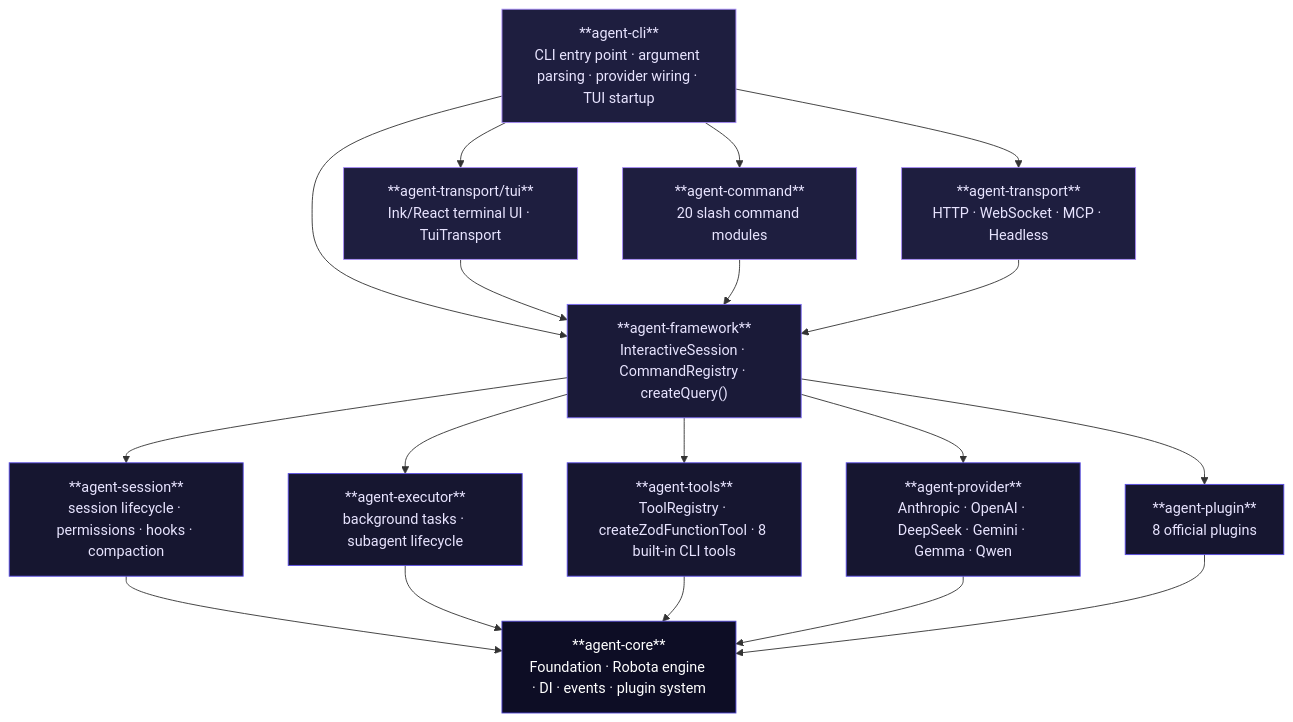
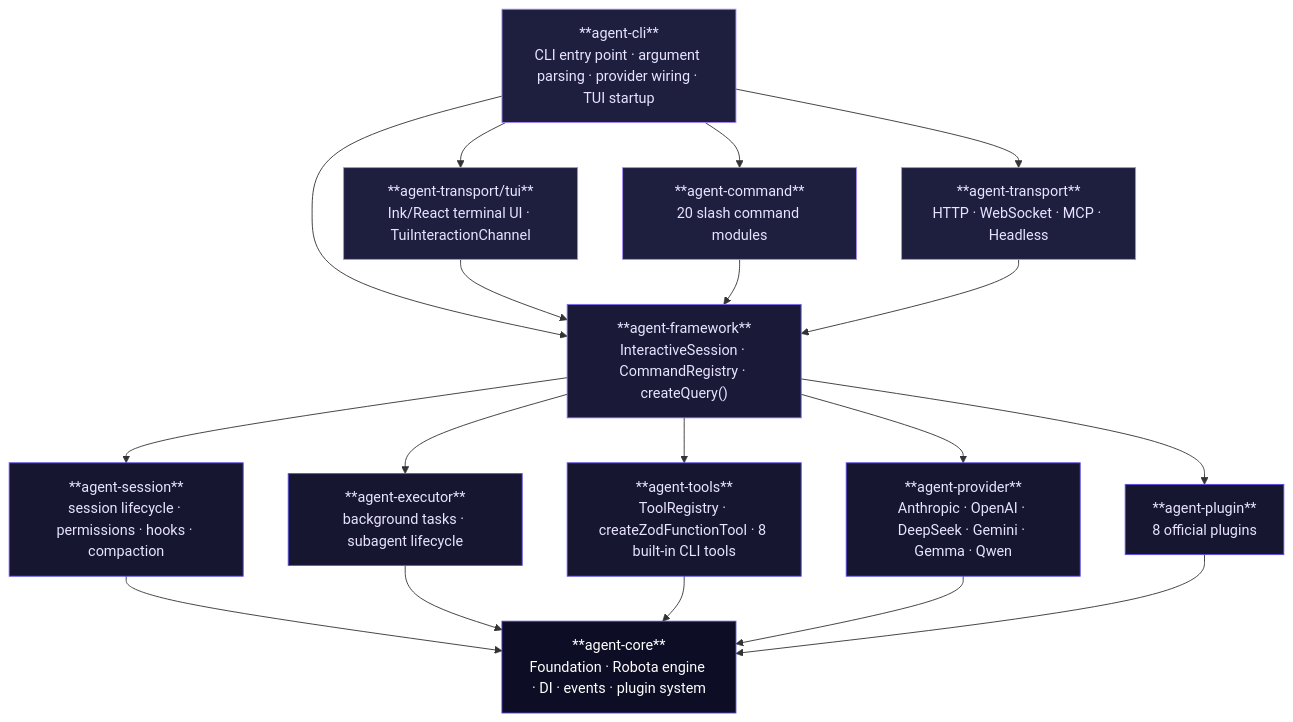
One commit to woojubb/robota changed the diagram in content/guide/architecture.md. Above: the diagram before and after it, drawn with Mermaid. The commit also changed other lines of this file and 9 other files, not shown here.

First line of the commit message:
docs(arch-003-p9): SPEC.md + docs sync for IInteractionChannel architecture (#646)

````diff
--- a/content/guide/architecture.md
+++ b/content/guide/architecture.md
@@ -7,42 +7,42 @@
 ```mermaid
 flowchart TB
     CLI["**agent-cli**\nCLI entry point · argument parsing · provider wiring · TUI startup"]
-    TUI["**agent-transport/tui**\nInk/React terminal UI · TuiTransport"]
+    TUI["**agent-transport/tui**\nInk/React terminal UI · TuiInteractionChannel"]
     CMD["**agent-command**\n20 slash command modules"]
     TRANS["**agent-transport**\nHTTP · WebSocket · MCP · Headless"]
     FW["**agent-framework**\nInteractiveSession · CommandRegistry · createQuery()"]
     SESS["**agent-session**\nsession lifecycle · permissions · hooks · compaction"]
     EXEC["**agent-executor**\nbackground tasks · subagent lifecycle"]
     TOOLS["**agent-tools**\nToolRegistry · createZodFunctionTool · 8 built-in CLI tools"]
     PROV["**agent-provider**\nAnthropic · OpenAI · DeepSeek · Gemini · Gemma · Qwen"]
     PLUG["**agent-plugin**\n8 official plugins"]
     CORE["**agent-core**\nFoundation · Robota engine · DI · events · plugin system"]
 
     CLI --> FW
     CLI --> TUI
     CLI --> CMD
     CLI --> TRANS
     TUI --> FW
     CMD --> FW
     TRANS --> FW
     FW --> SESS
     FW --> EXEC
     FW --> TOOLS
     FW --> PROV
     FW --> PLUG
     SESS --> CORE
     EXEC --> CORE
     TOOLS --> CORE
     PROV --> CORE
     PLUG --> CORE
 
     classDef cli fill:#1e1e3f,stroke:#a78bfa,color:#e8e4ff
     classDef framework fill:#1a1a38,stroke:#7c6bf7,color:#e8e4ff
     classDef general fill:#161630,stroke:#5a4de6,color:#e8e4ff
     classDef core fill:#0d0d25,stroke:#4f44d0,color:#fff
 
     class CLI,TUI,CMD,TRANS cli
     class FW framework
     class SESS,EXEC,TOOLS,PROV,PLUG general
     class CORE core
 ```
````
